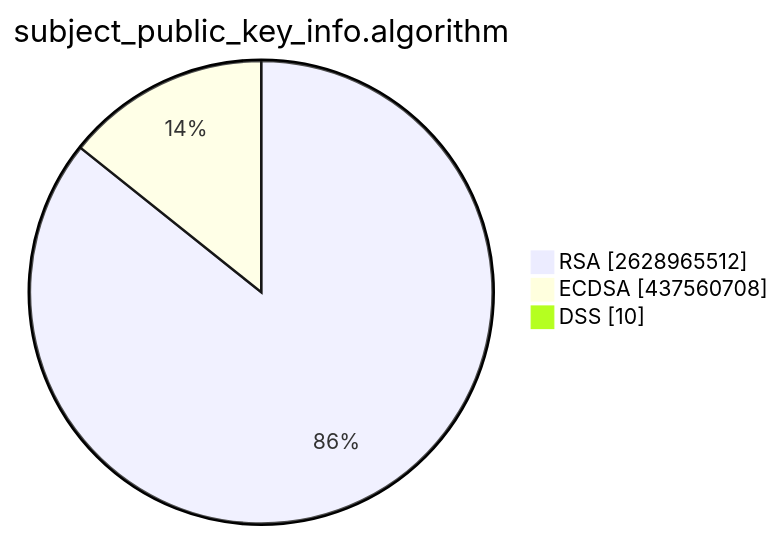
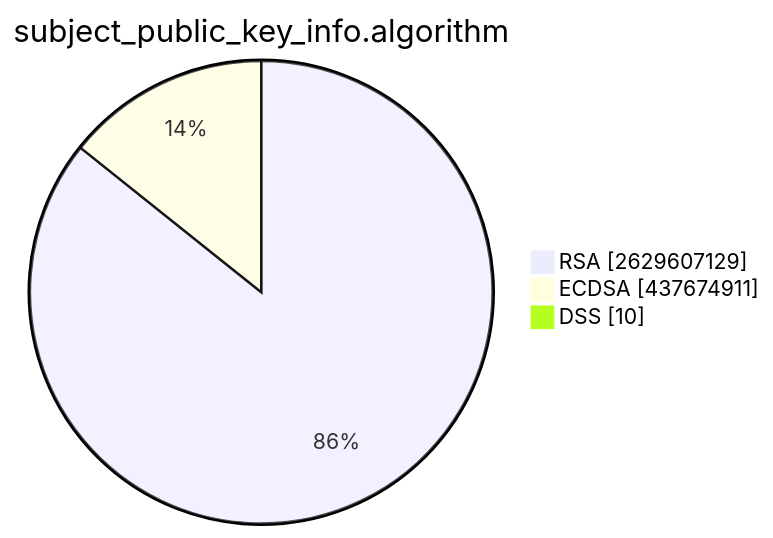
Before and after one commit to christiankrug/ctmonitor_visualization: the second of 15 diagrams in TOTAL/README.md, drawn with Mermaid. The commit also changed other lines of this file, not shown here.

````diff
--- a/TOTAL/README.md
+++ b/TOTAL/README.md
@@ -6,7 +6,7 @@
 ```mermaid
 pie showData
 title subject_public_key_info.algorithm
-"RSA" :2628965512
-"ECDSA" :437560708
+"RSA" :2629607129
+"ECDSA" :437674911
 "DSS" :10
 ```
````
